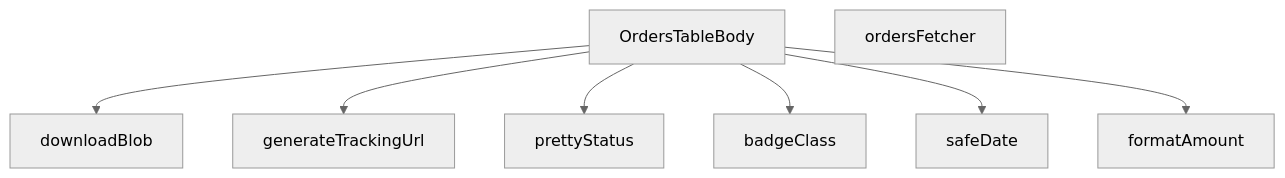
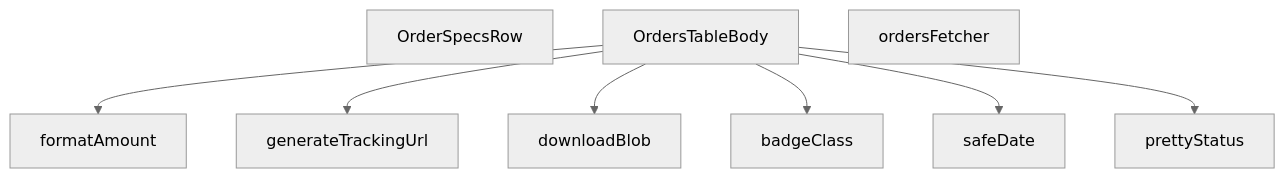
Before and after one commit to peckop/venthub-hvac-esite: the diagram in src/views/admin/OrdersTableBody.md, drawn with Mermaid (neutral theme). The commit also changed other lines of this file and 10 other files, not shown here.

````diff
--- a/src/views/admin/OrdersTableBody.md
+++ b/src/views/admin/OrdersTableBody.md
@@ -545,17 +410,18 @@
 ```mermaid
 graph TD
+    OrdersTableBody_tsx__OrderSpecsRow["OrderSpecsRow"]
     OrdersTableBody_tsx__OrdersTableBody["OrdersTableBody"]
     OrdersTableBody_tsx__badgeClass["badgeClass"]
     OrdersTableBody_tsx__downloadBlob["downloadBlob"]
     OrdersTableBody_tsx__formatAmount["formatAmount"]
     OrdersTableBody_tsx__generateTrackingUrl["generateTrackingUrl"]
     OrdersTableBody_tsx__ordersFetcher["ordersFetcher"]
     OrdersTableBody_tsx__prettyStatus["prettyStatus"]
     OrdersTableBody_tsx__safeDate["safeDate"]
+    OrdersTableBody_tsx__OrdersTableBody --> OrdersTableBody_tsx__formatAmount
+    OrdersTableBody_tsx__OrdersTableBody --> OrdersTableBody_tsx__generateTrackingUrl
     OrdersTableBody_tsx__OrdersTableBody --> OrdersTableBody_tsx__downloadBlob
-    OrdersTableBody_tsx__OrdersTableBody --> OrdersTableBody_tsx__generateTrackingUrl
-    OrdersTableBody_tsx__OrdersTableBody --> OrdersTableBody_tsx__prettyStatus
     OrdersTableBody_tsx__OrdersTableBody --> OrdersTableBody_tsx__badgeClass
     OrdersTableBody_tsx__OrdersTableBody --> OrdersTableBody_tsx__safeDate
-    OrdersTableBody_tsx__OrdersTableBody --> OrdersTableBody_tsx__formatAmount
+    OrdersTableBody_tsx__OrdersTableBody --> OrdersTableBody_tsx__prettyStatus
 ```
````
